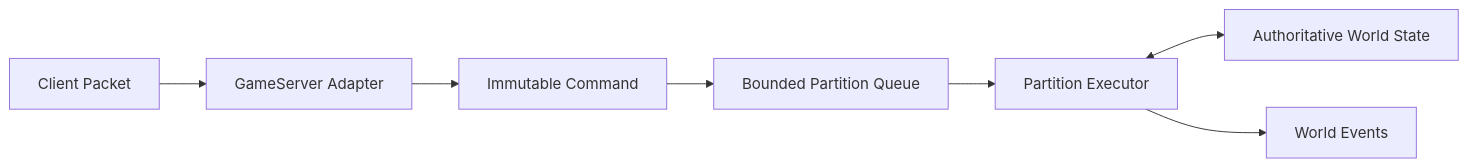
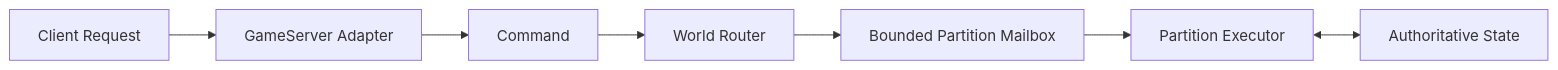
Before and after one commit to berniemackie97/OpenConquerServer: the third of 3 diagrams in docs/architecture/README.md, drawn with Mermaid. The commit also changed other lines of this file and 23 other files, not shown here.

````diff
--- a/docs/architecture/README.md
+++ b/docs/architecture/README.md
@@ -162,17 +251,17 @@
 ```mermaid
 flowchart LR
-    Packet["Client Packet"]
+    Packet["Client Request"]
     Adapter["GameServer Adapter"]
-    Command["Immutable Command"]
-    Queue["Bounded Partition Queue"]
+    Command["Command"]
+    Router["World Router"]
+    Mailbox["Bounded Partition Mailbox"]
     Executor["Partition Executor"]
-    State["Authoritative World State"]
-    Events["World Events"]
+    State["Authoritative State"]
 
     Packet --> Adapter
     Adapter --> Command
-    Command --> Queue
-    Queue --> Executor
+    Command --> Router
+    Router --> Mailbox
+    Mailbox --> Executor
     Executor <--> State
-    Executor --> Events
 ```
````
